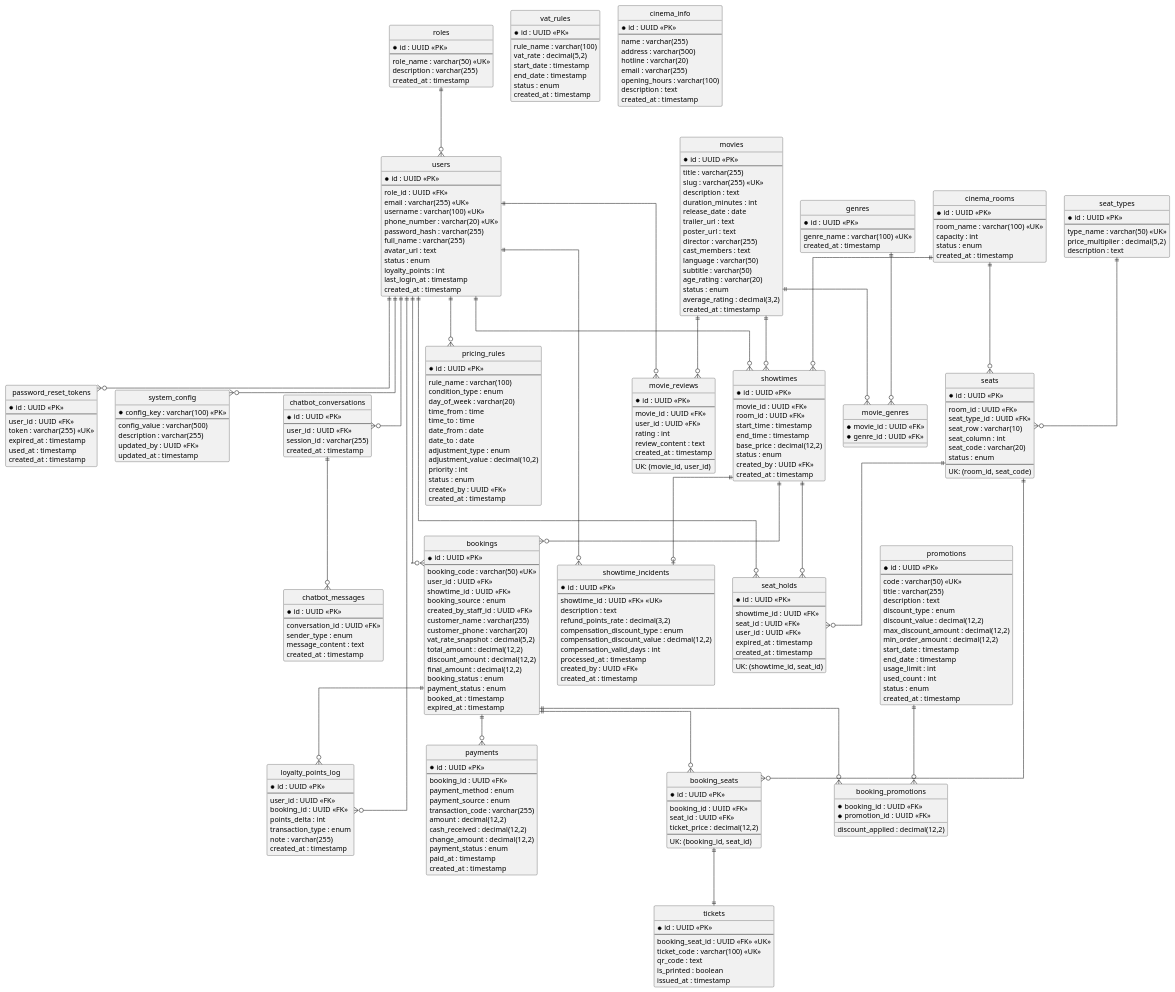
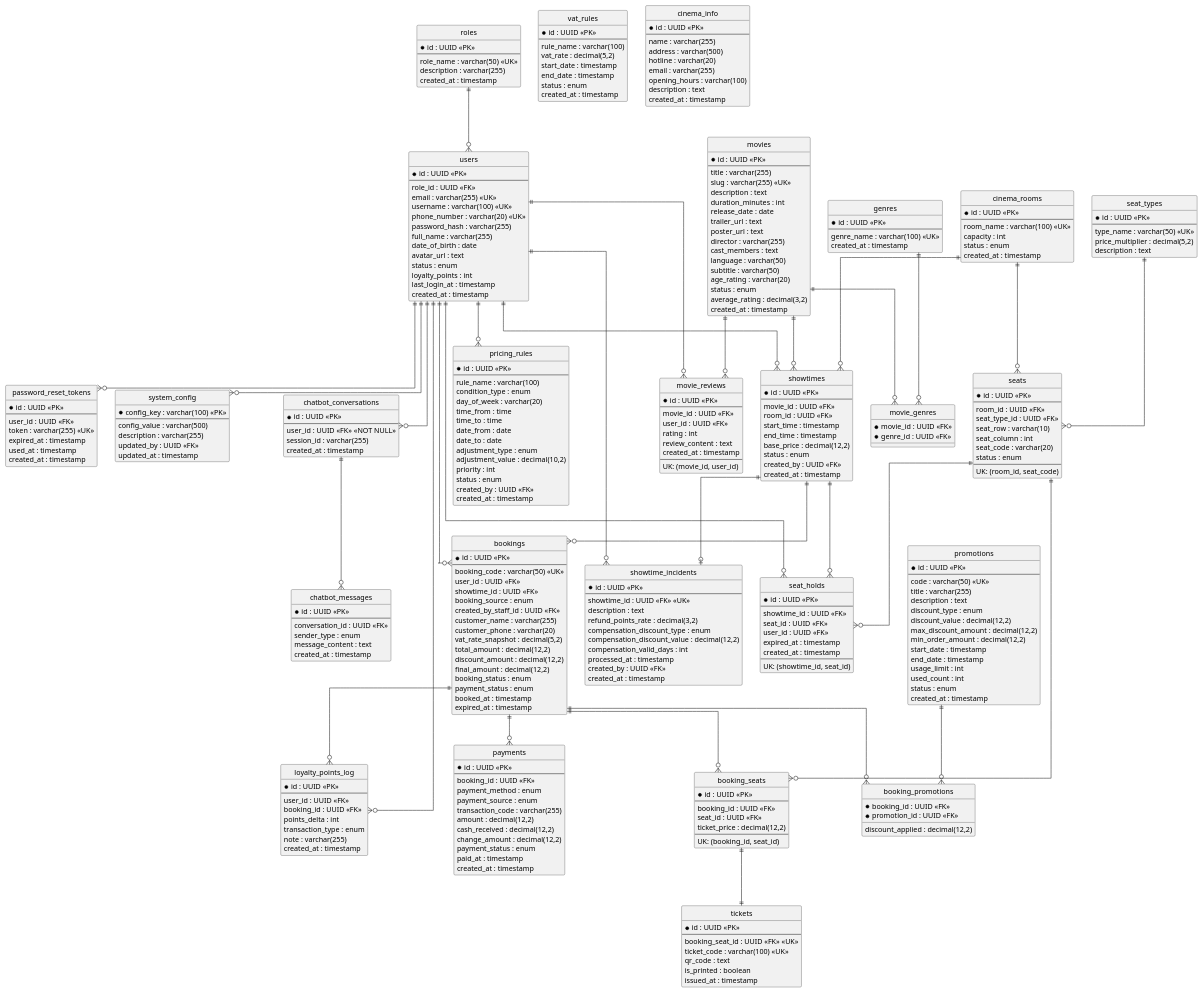
The diagram in project_summary_final.md (khiem1301/MovieTicketBookingSystem), drawn with PlantUML before and after one commit. The commit also changed other lines of this file, not shown here.

```diff
--- a/project_summary_final.md
+++ b/project_summary_final.md
@@ -798,6 +799,7 @@
     phone_number : varchar(20) <<UK>>
     password_hash : varchar(255)
     full_name : varchar(255)
+    date_of_birth : date
     avatar_url : text
     status : enum
     loyalty_points : int
@@ -1115,7 +1117,7 @@
 entity chatbot_conversations {
     *id : UUID <<PK>>
     --
-    user_id : UUID <<FK>>
+    user_id : UUID <<FK>> <<NOT NULL>>
     session_id : varchar(255)
     created_at : timestamp
 }
```
